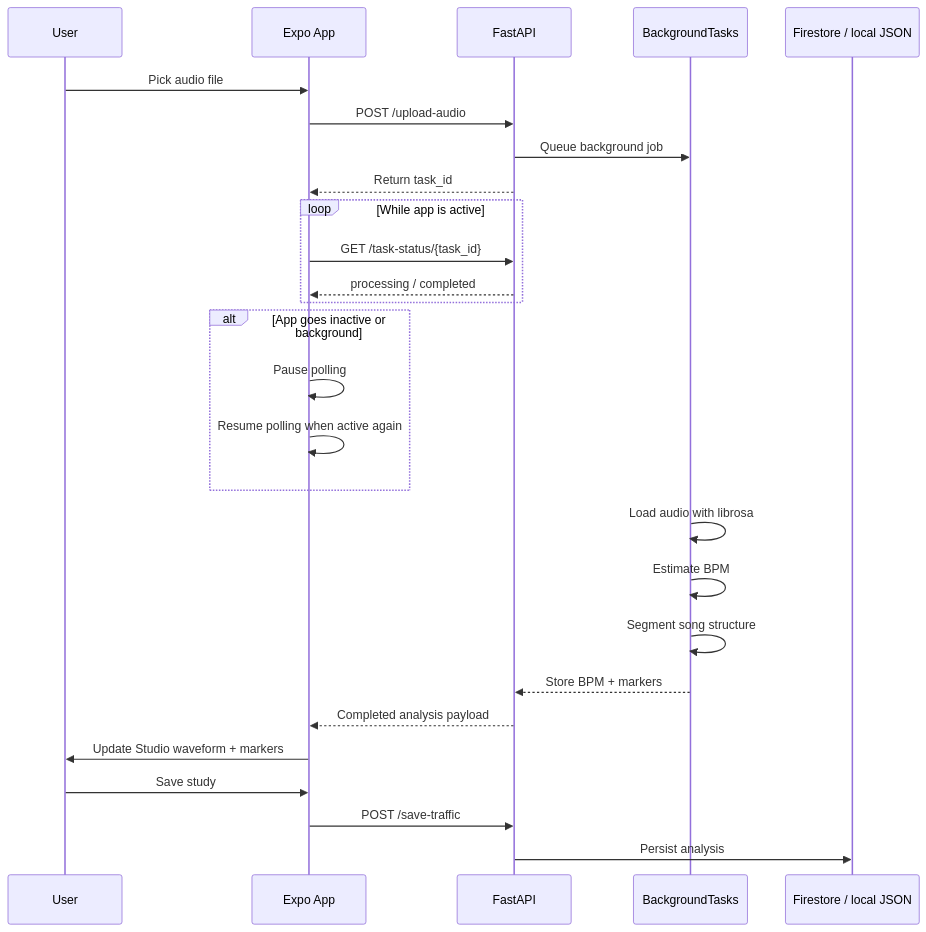
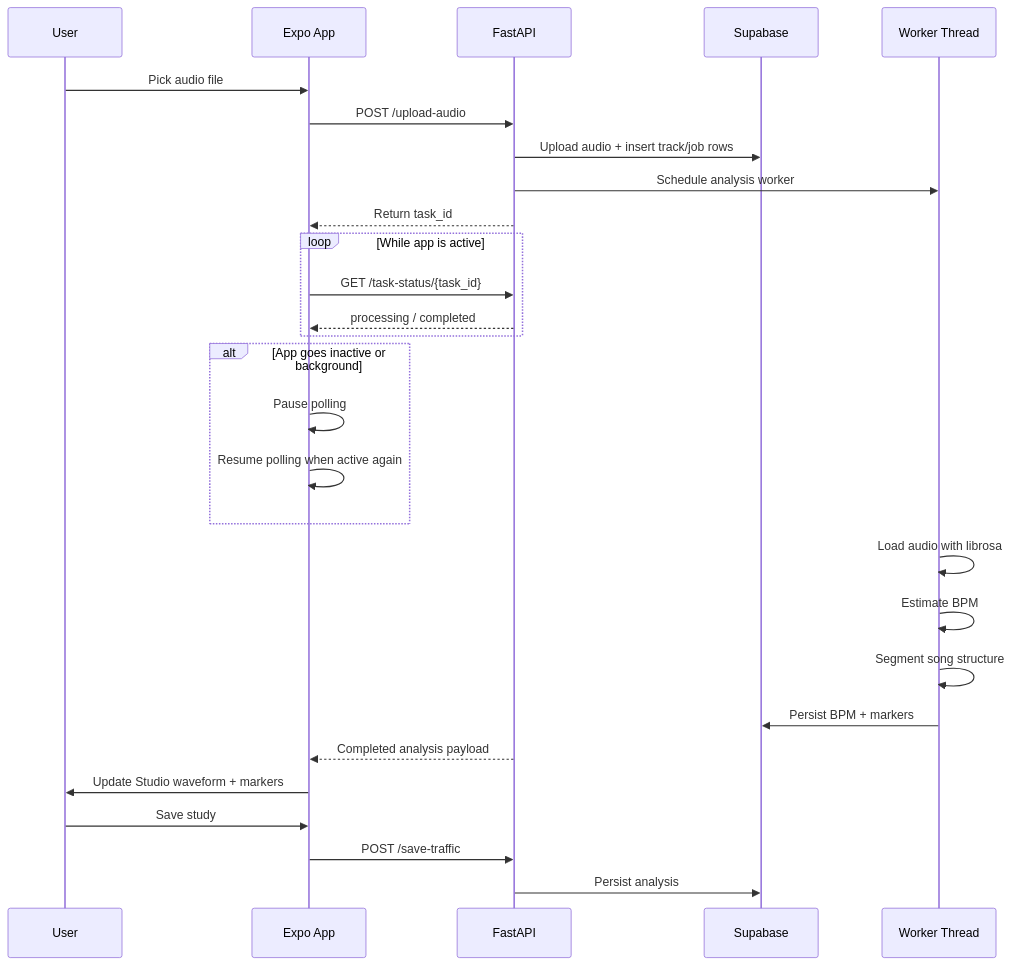
The fifth of 5 diagrams in README.md (Gucera/TuneUp-Shut-the-SOUND-up-), drawn with Mermaid before and after one commit. The commit also changed other lines of this file and 36 other files, not shown here.

Commit message:
Migrate TuneUp app flows and backend storage to Supabase

````diff
--- a/README.md
+++ b/README.md
@@ -373,30 +438,31 @@
 ```mermaid
 sequenceDiagram
     participant U as User
     participant A as Expo App
     participant B as FastAPI
-    participant T as BackgroundTasks
-    participant F as Firestore / local JSON
+    participant S as Supabase
+    participant W as Worker Thread
 
     U->>A: Pick audio file
     A->>B: POST /upload-audio
-    B->>T: Queue background job
+    B->>S: Upload audio + insert track/job rows
+    B->>W: Schedule analysis worker
     B-->>A: Return task_id
     loop While app is active
         A->>B: GET /task-status/{task_id}
         B-->>A: processing / completed
     end
     alt App goes inactive or background
         A->>A: Pause polling
         A->>A: Resume polling when active again
     end
-    T->>T: Load audio with librosa
-    T->>T: Estimate BPM
-    T->>T: Segment song structure
-    T-->>B: Store BPM + markers
+    W->>W: Load audio with librosa
+    W->>W: Estimate BPM
+    W->>W: Segment song structure
+    W->>S: Persist BPM + markers
     B-->>A: Completed analysis payload
     A->>U: Update Studio waveform + markers
     U->>A: Save study
     A->>B: POST /save-traffic
-    B->>F: Persist analysis
+    B->>S: Persist analysis
 ```
````
